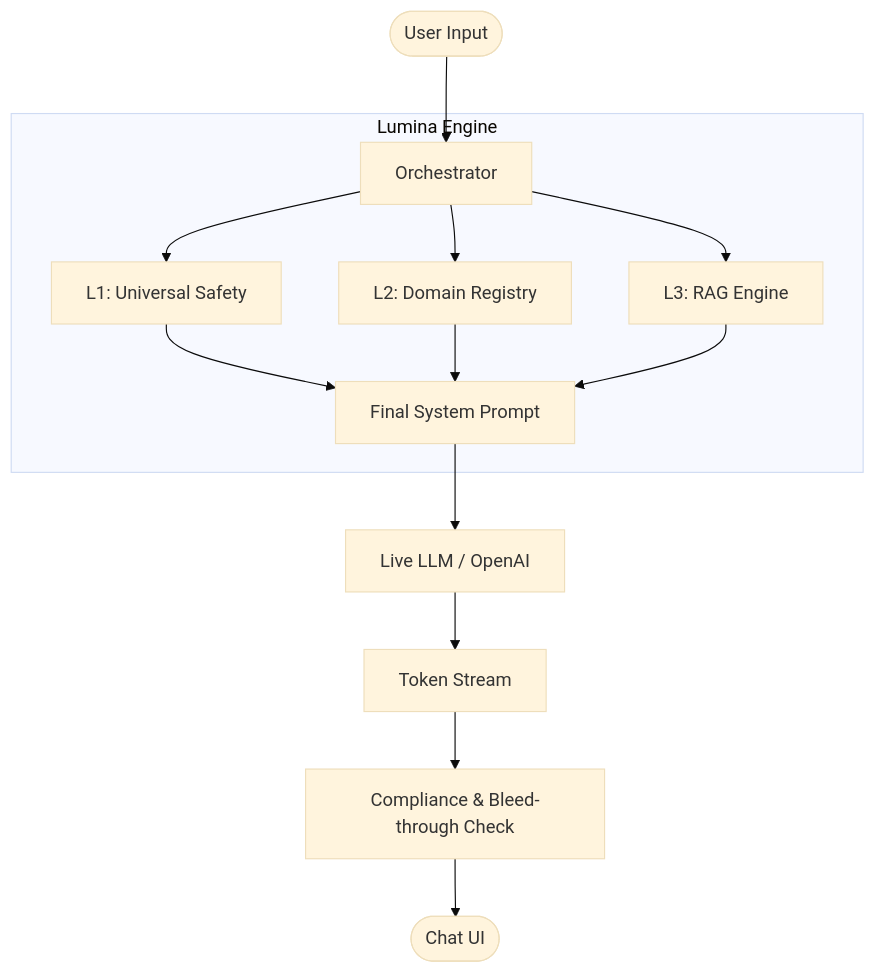
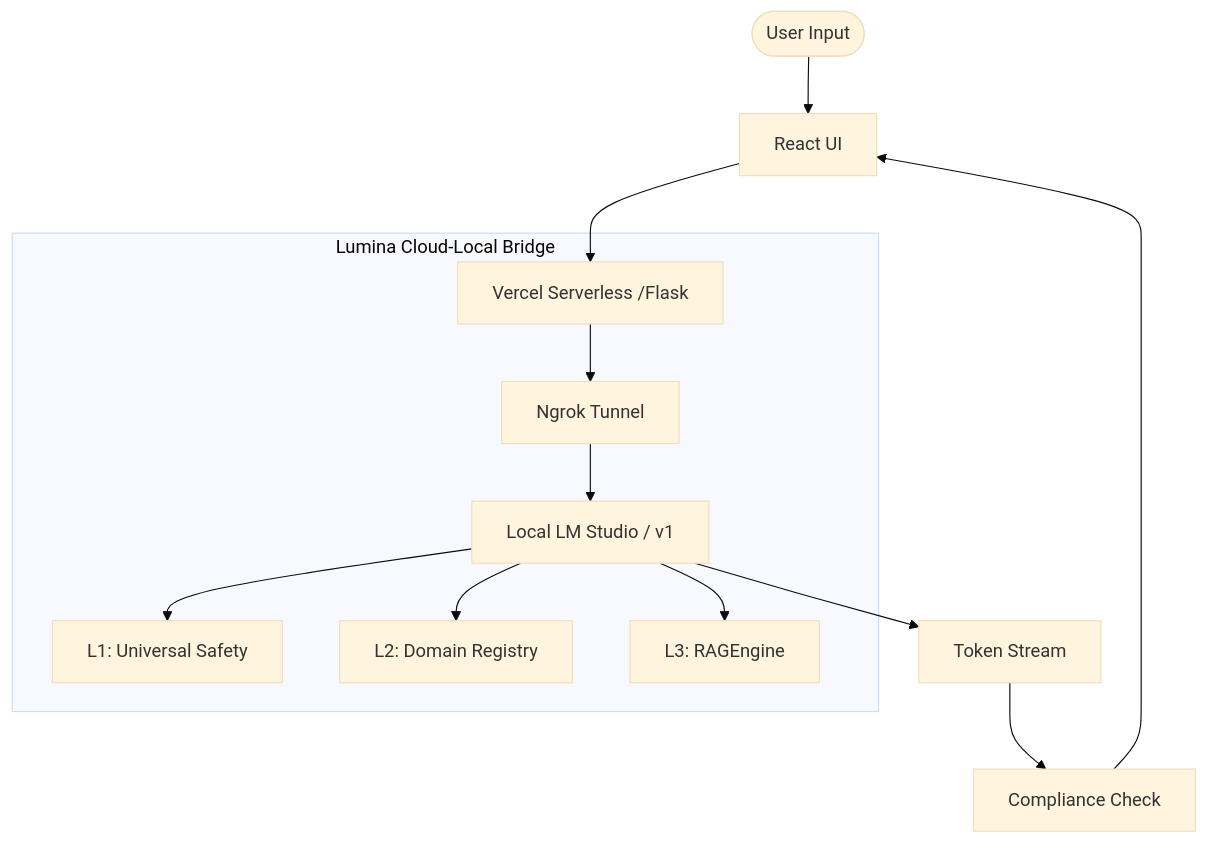
One commit to D4RKL0RD-J0571N/Lumina-Automated-Context-Aware-Engagement---Compliance-Engine changed the diagram in DOCS-EN.md. Above: the diagram before and after it, drawn with Mermaid (base theme). The commit also changed other lines of this file and 10 other files, not shown here.

Commit message:
fix: resolve vercel 404 errors by harvesting frontend build to root public dir and fixing spa routing

````diff
--- a/DOCS-EN.md
+++ b/DOCS-EN.md
@@ -15,14 +15,15 @@
 ```mermaid
 graph TD
-    User([User Input]) --> Orchestrator
-    subgraph Engine ["Lumina Engine"]
-        Orchestrator --> L1[L1: Universal Safety]
-        Orchestrator --> L2[L2: Domain Registry]
-        Orchestrator --> L3[L3: RAG Engine]
-        L1 & L2 & L3 --> FinalPrompt[Final System Prompt]
+    User([User Input]) --> Frontend[React UI]
+    Frontend --> Vercel[Vercel Serverless /Flask]
+    subgraph Engine ["Lumina Cloud-Local Bridge"]
+        Vercel --> Ngrok[Ngrok Tunnel]
+        Ngrok --> LocalAI[Local LM Studio / v1]
+        LocalAI --> L1[L1: Universal Safety]
+        LocalAI --> L2[L2: Domain Registry]
+        LocalAI --> L3[L3: RAGEngine]
     end
-    FinalPrompt --> LLM[Live LLM / OpenAI]
-    LLM --> Stream[Token Stream]
-    Stream --> Interceptor[Compliance & Bleed-through Check]
-    Interceptor --> UI([Chat UI])
+    LocalAI --> Stream[Token Stream]
+    Stream --> Interceptor[Compliance Check]
+    Interceptor --> Frontend
 ```
````
